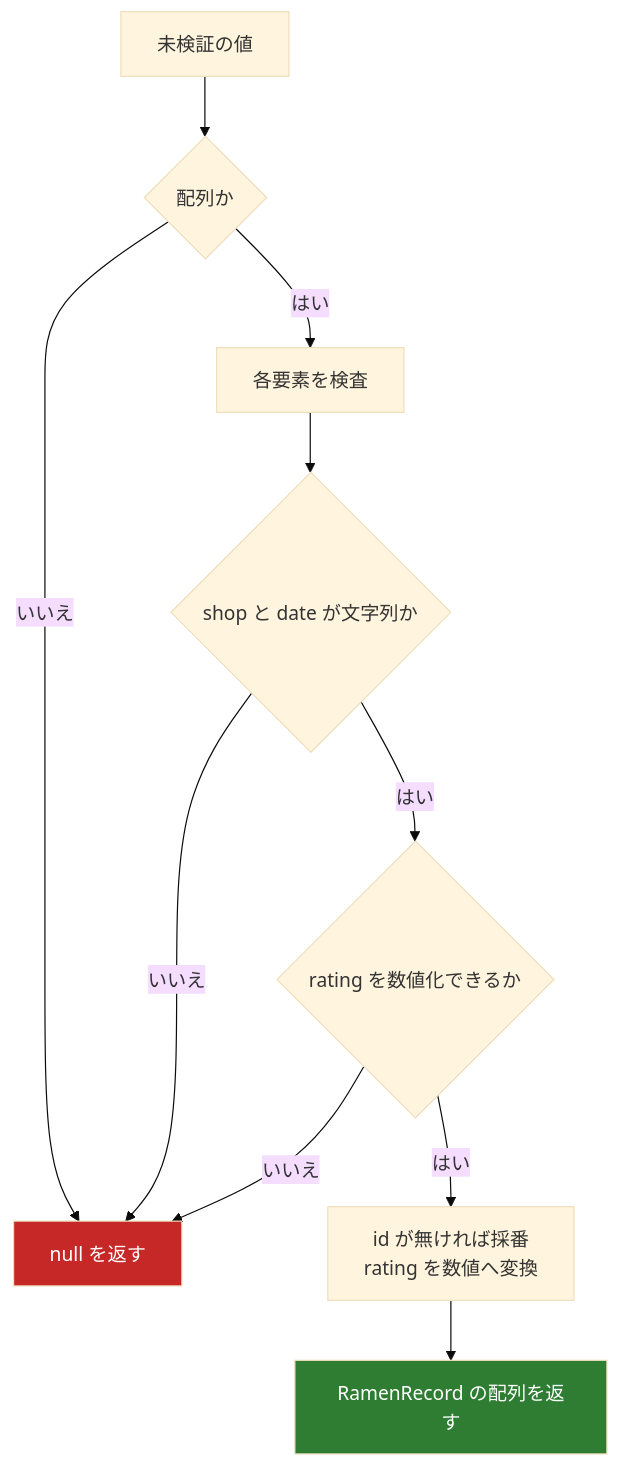
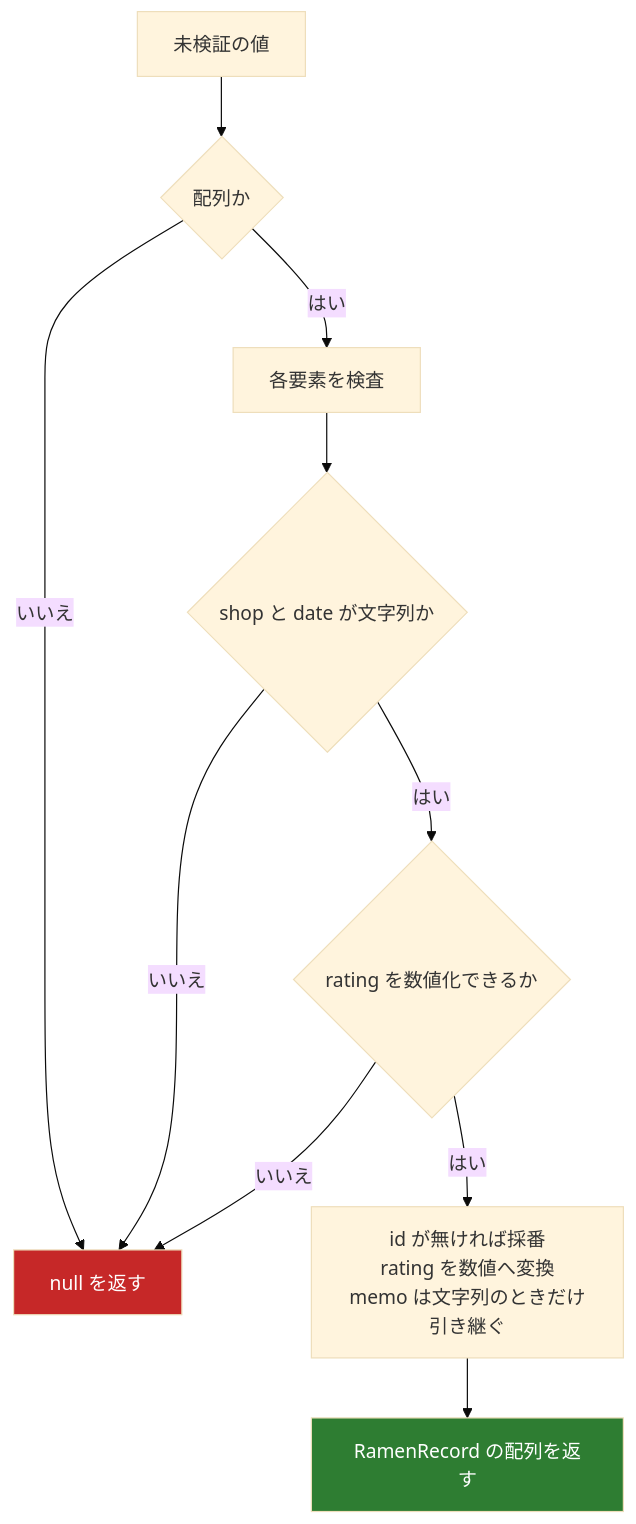
One commit to S-e-I-y-A/my-ramen-history-next changed the second of 8 diagrams in docs/ラーメン履歴-詳細設計書.md. Above: the diagram before and after it, drawn with Mermaid (base theme). The commit also changed other lines of this file and 8 other files, not shown here.

````diff
--- a/docs/ラーメン履歴-詳細設計書.md
+++ b/docs/ラーメン履歴-詳細設計書.md
@@ -118,15 +121,15 @@
 ```mermaid
 flowchart TB
     input["未検証の値"] --> arr{"配列か"}
     arr -->|"いいえ"| ng["null を返す"]
     arr -->|"はい"| loop["各要素を検査"]
     loop --> req{"shop と date が文字列か"}
     req -->|"いいえ"| ng
     req -->|"はい"| num{"rating を数値化できるか"}
     num -->|"いいえ"| ng
-    num -->|"はい"| fill["id が無ければ採番<br/>rating を数値へ変換"]
+    num -->|"はい"| fill["id が無ければ採番<br/>rating を数値へ変換<br/>memo は文字列のときだけ引き継ぐ"]
     fill --> ok["RamenRecord の配列を返す"]
 
     style ng fill:#c62828,color:#fff
     style ok fill:#2e7d32,color:#fff
 ```
````
